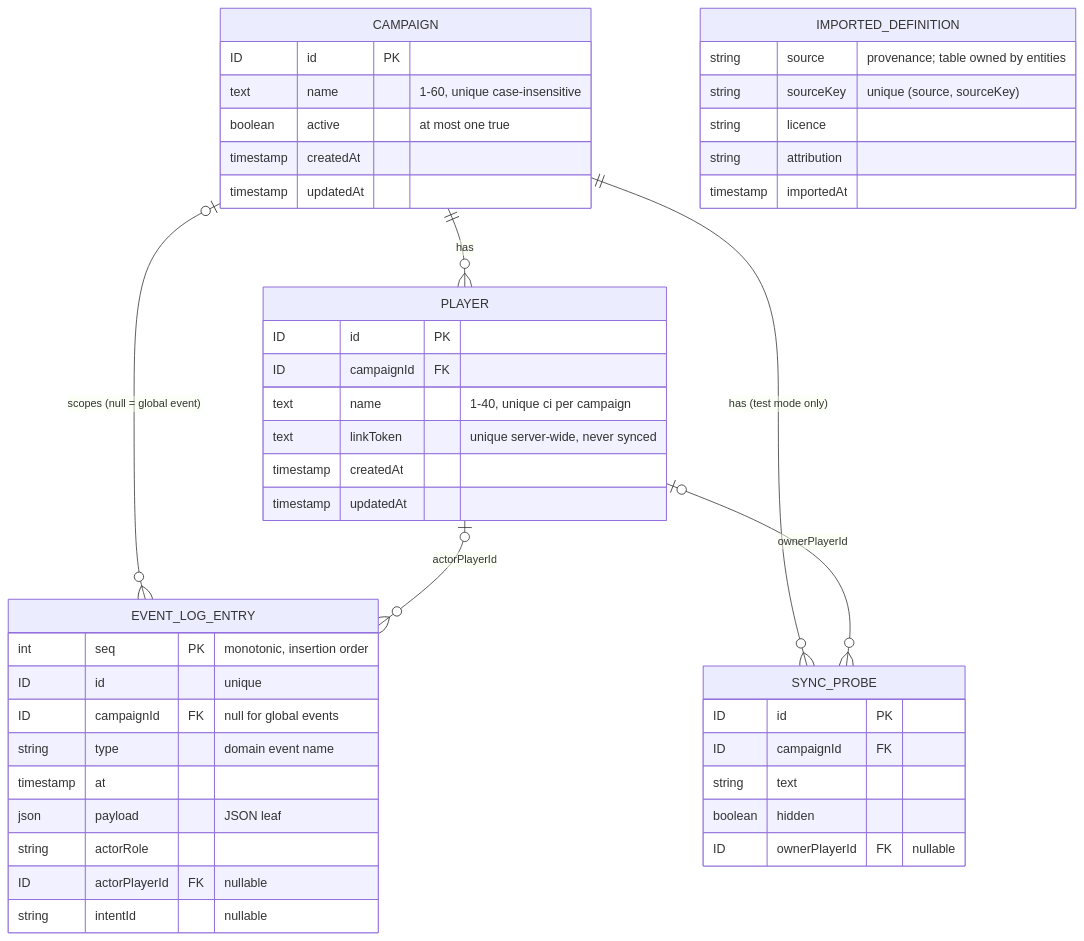
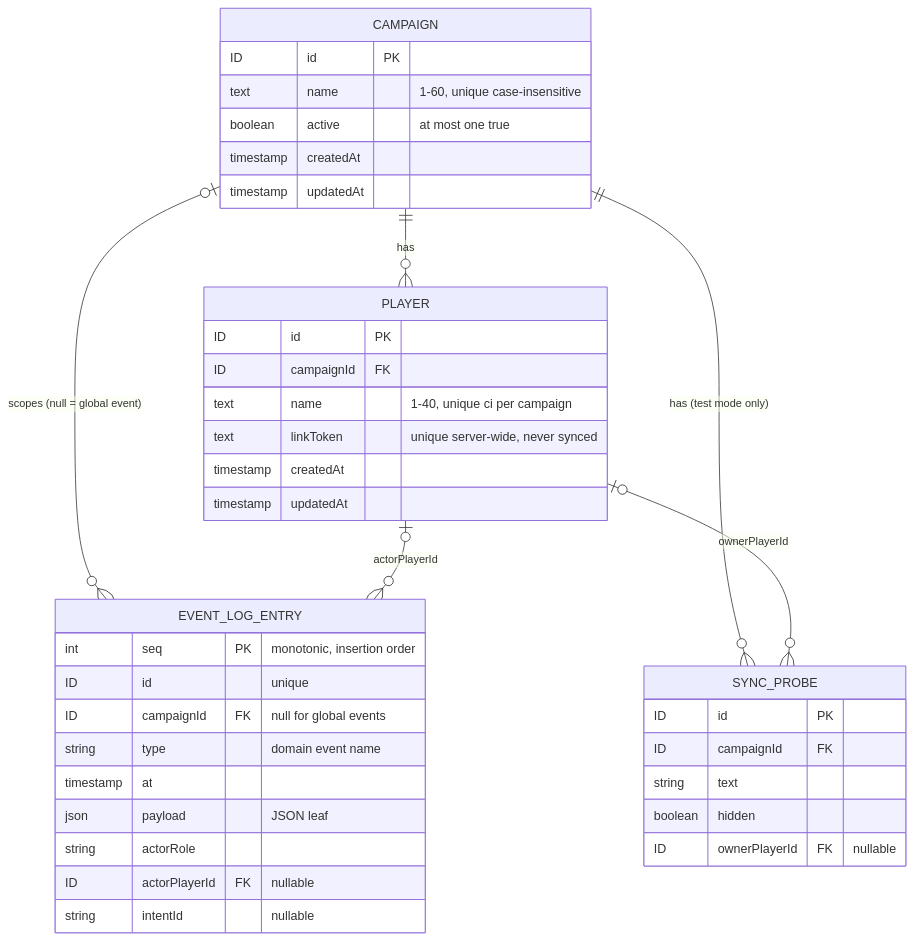
The first of 2 diagrams in docs/data-model/README.md (szymonbalasz/pocket-plane), drawn with Mermaid before and after one commit. The commit also changed other lines of this file and 7 other files, not shown here.

````diff
--- a/docs/data-model/README.md
+++ b/docs/data-model/README.md
@@ -30,48 +30,41 @@
 ```mermaid
 erDiagram
   CAMPAIGN ||--o{ PLAYER : has
   CAMPAIGN |o--o{ EVENT_LOG_ENTRY : "scopes (null = global event)"
   PLAYER |o--o{ EVENT_LOG_ENTRY : "actorPlayerId"
   CAMPAIGN ||--o{ SYNC_PROBE : "has (test mode only)"
   PLAYER |o--o{ SYNC_PROBE : "ownerPlayerId"
   CAMPAIGN {
     ID id PK
     text name "1-60, unique case-insensitive"
     boolean active "at most one true"
     timestamp createdAt
     timestamp updatedAt
   }
   PLAYER {
     ID id PK
     ID campaignId FK
     text name "1-40, unique ci per campaign"
     text linkToken "unique server-wide, never synced"
     timestamp createdAt
     timestamp updatedAt
   }
   EVENT_LOG_ENTRY {
     int seq PK "monotonic, insertion order"
     ID id "unique"
     ID campaignId FK "null for global events"
     string type "domain event name"
     timestamp at
     json payload "JSON leaf"
     string actorRole
     ID actorPlayerId FK "nullable"
     string intentId "nullable"
   }
   SYNC_PROBE {
     ID id PK
     ID campaignId FK
     string text
     boolean hidden
     ID ownerPlayerId FK "nullable"
   }
-  IMPORTED_DEFINITION {
-    string source "provenance; table owned by entities"
-    string sourceKey "unique (source, sourceKey)"
-    string licence
-    string attribution
-    timestamp importedAt
-  }
 ```
````
